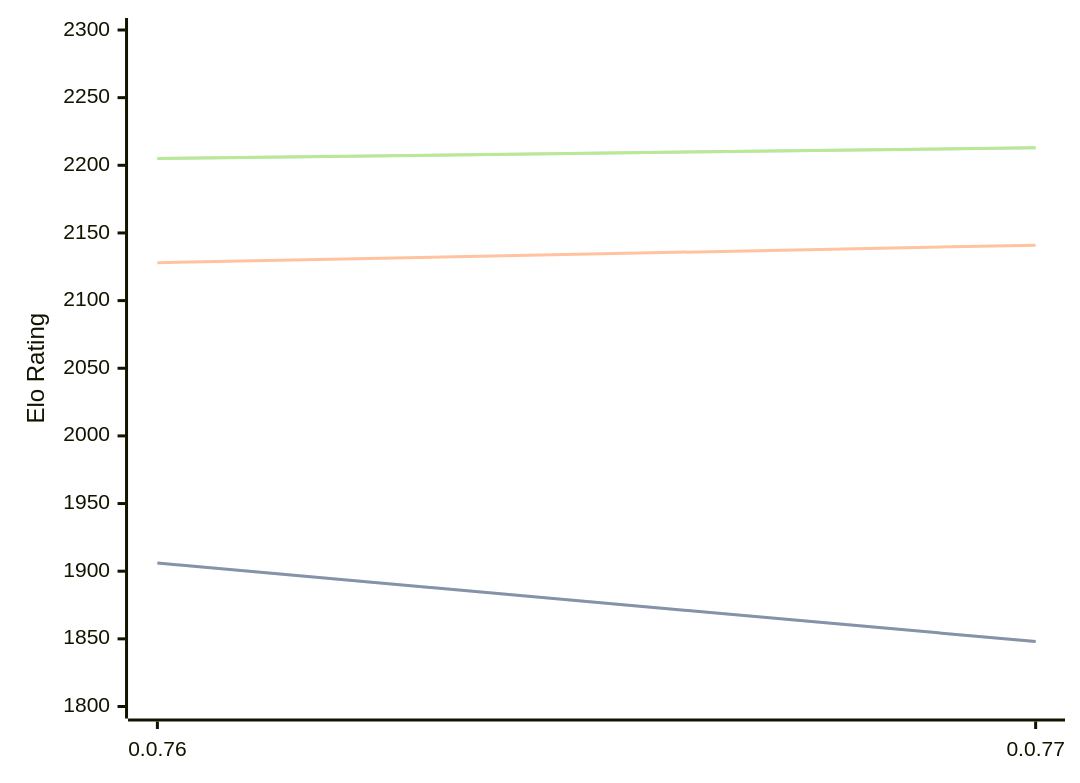
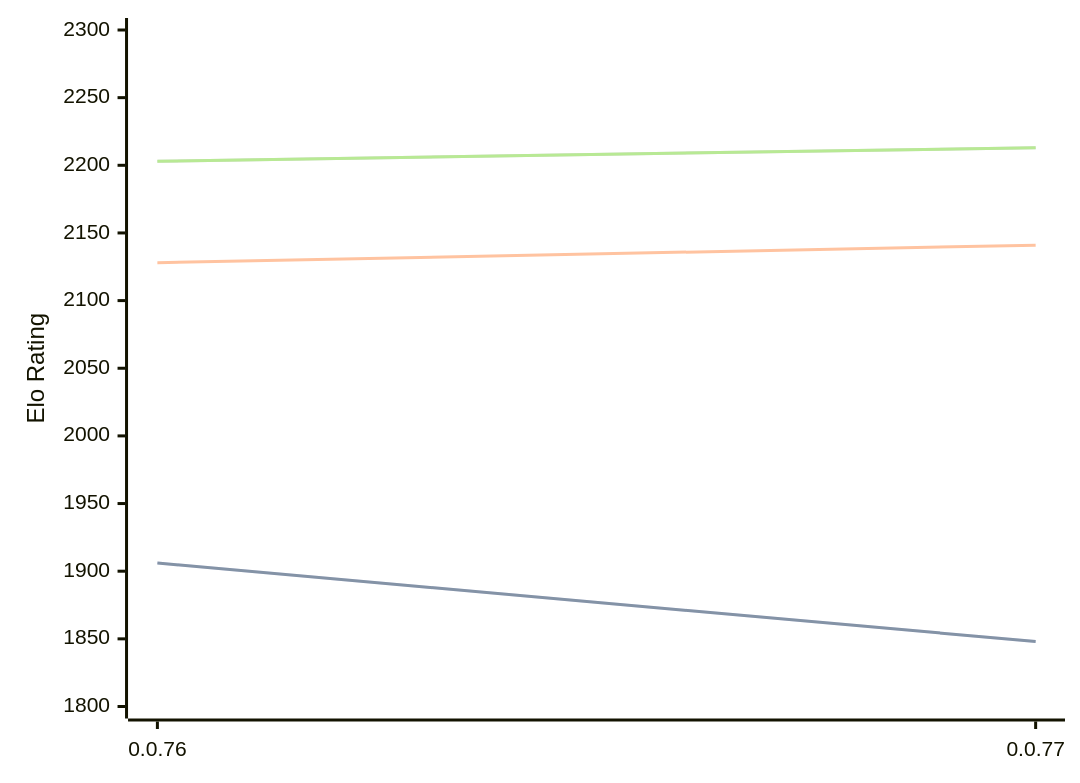
The diagram in engines/Fktb.md (computer-chess-index/cci), drawn with Mermaid before and after one commit. The commit also changed other lines of this file, not shown here.

Commit message:
Update CCI Ratings (ELO VLTC) - 2026-06-10

````diff
--- a/engines/Fktb.md
+++ b/engines/Fktb.md
@@ -32,11 +32,11 @@
 ```mermaid
 %%{init: {"theme":"base","themeVariables":{"seriesColors:['#a3a3a3','#222221','#faa371']}}}%%
 xychart-beta
   x-axis ["0.0.76", "0.0.77"]
   y-axis "Elo Rating" 1800 --> 2300
   line "STC (8.0+0.08s)" [1906, 1848]
   line "STC (8.0+0.08s)" [1906, 1848]
   line "LTC (60.0+0.60s)" [2128, 2141]
-  line "VLTC (2m24s+1.12s)" [2205, 2213]
-  line "VLTC (2m24s+1.12s)" [2205, 2213]
+  line "VLTC (2m24s+1.12s)" [2203, 2213]
+  line "VLTC (2m24s+1.12s)" [2203, 2213]
 ```
````
